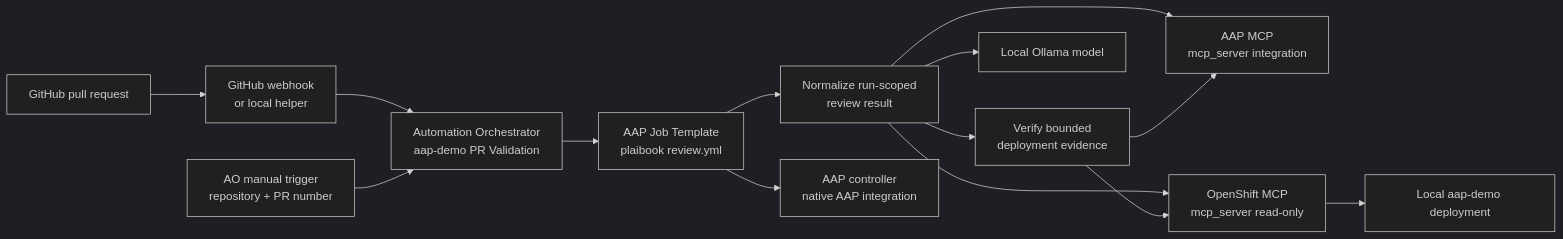
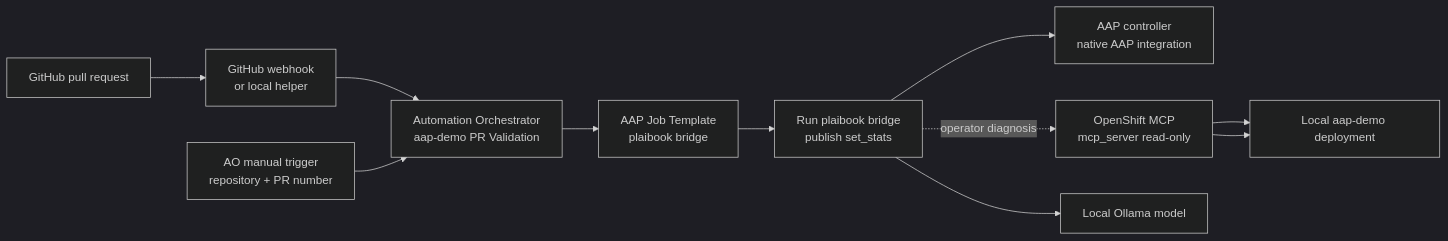
Before and after one commit to RedHatOfficial/aap-demo: the diagram in docs/adr/024-ao-pr-testing-addon.md, drawn with Mermaid (dark theme). The commit also changed other lines of this file and 4 other files, not shown here.

Commit message:
feat(ao-pr-testing): bridge plaibook results through AAP

````diff
--- a/docs/adr/024-ao-pr-testing-addon.md
+++ b/docs/adr/024-ao-pr-testing-addon.md
@@ -118,28 +114,24 @@
 ```mermaid
 flowchart LR
     PR[GitHub pull request]
     WEBHOOK[GitHub webhook<br/>or local helper]
     MANUAL[AO manual trigger<br/>repository + PR number]
 
     AO[Automation Orchestrator<br/>aap-demo PR Validation]
-    PLAIBOOK[AAP Job Template<br/>plaibook review.yml]
-    NORMALIZE[Normalize run-scoped<br/>review result]
-    VERIFY[Verify bounded<br/>deployment evidence]
+    PLAIBOOK[AAP Job Template<br/>plaibook bridge]
+    BRIDGE[Run plaibook bridge<br/>publish set_stats]
     AAP[AAP controller<br/>native AAP integration]
-    AAP_MCP[AAP MCP<br/>mcp_server integration]
     OCP[OpenShift MCP<br/>mcp_server read-only]
     CLUSTER[Local aap-demo deployment]
     LLM[Local Ollama model]
 
     PR --> WEBHOOK
     WEBHOOK --> AO
     MANUAL --> AO
-    AO --> PLAIBOOK --> NORMALIZE --> VERIFY
-    PLAIBOOK --> AAP
-    NORMALIZE --> LLM
-    NORMALIZE --> AAP_MCP
-    NORMALIZE --> OCP
-    VERIFY --> AAP_MCP
-    VERIFY --> OCP
+    AO --> PLAIBOOK --> BRIDGE
+    BRIDGE --> AAP
+    BRIDGE --> LLM
+    OCP --> CLUSTER
+    BRIDGE -. operator diagnosis .-> OCP
     OCP --> CLUSTER
 ```
````
